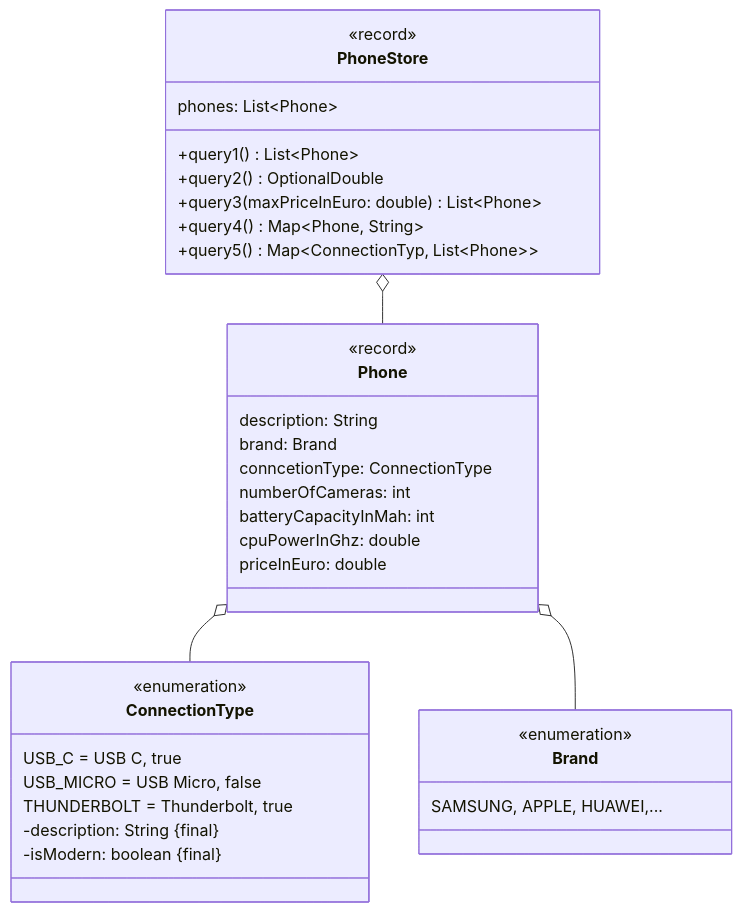
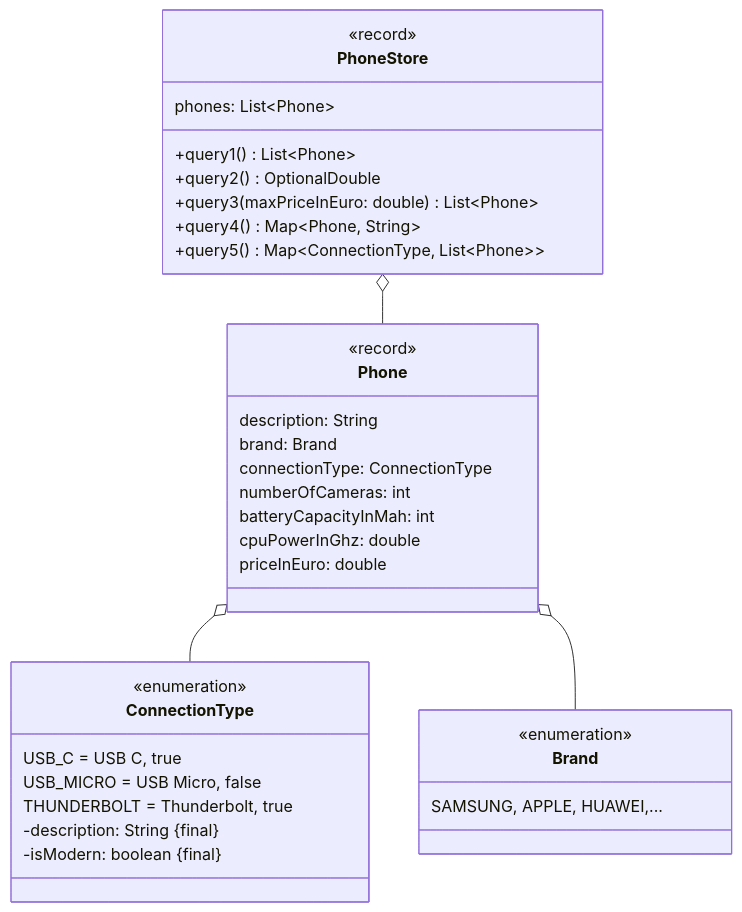
The diagram in docs/exam-exercises/exam-exercises-java2/queries/phone-store.md (jappuccini/java-docs), drawn with Mermaid before and after one commit. The commit also changed other lines of this file and 23 other files, not shown here.

````diff
--- a/docs/exam-exercises/exam-exercises-java2/queries/phone-store.md
+++ b/docs/exam-exercises/exam-exercises-java2/queries/phone-store.md
@@ -12,41 +12,41 @@
 ```mermaid
 classDiagram
     Phone o-- ConnectionType
     Phone o-- Brand
     PhoneStore o-- Phone
 
     class ConnectionType {
         <<enumeration>>
         USB_C = USB C, true
         USB_MICRO = USB Micro, false
         THUNDERBOLT = Thunderbolt, true
         -description: String #123;final#125;
         -isModern: boolean #123;final#125;
     }
 
     class Brand {
         <<enumeration>>
         SAMSUNG, APPLE, HUAWEI,...
     }
 
     class Phone {
         <<record>>
         description: String
         brand: Brand
-        conncetionType: ConnectionType
+        connectionType: ConnectionType
         numberOfCameras: int
         batteryCapacityInMah: int
         cpuPowerInGhz: double
         priceInEuro: double
     }
 
     class PhoneStore {
         <<record>>
         phones: List~Phone~
         +query1() List~Phone~
         +query2() OptionalDouble
         +query3(maxPriceInEuro: double) List~Phone~
         +query4() Map~Phone, String~
-        +query5() Map~ConnectionTyp&sbquo; List~Phone~~
+        +query5() Map~ConnectionType&sbquo; List~Phone~~
     }
 ```
````
